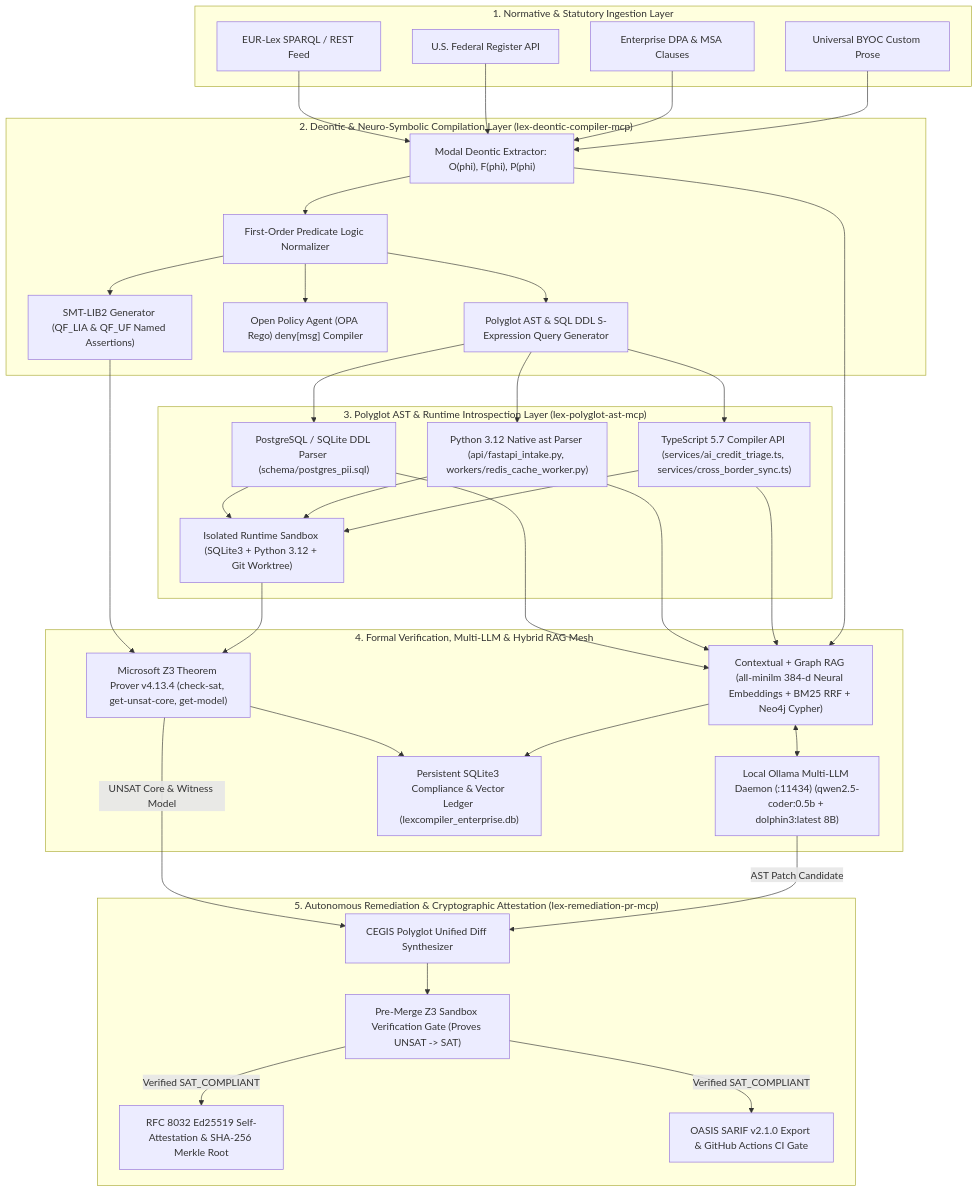
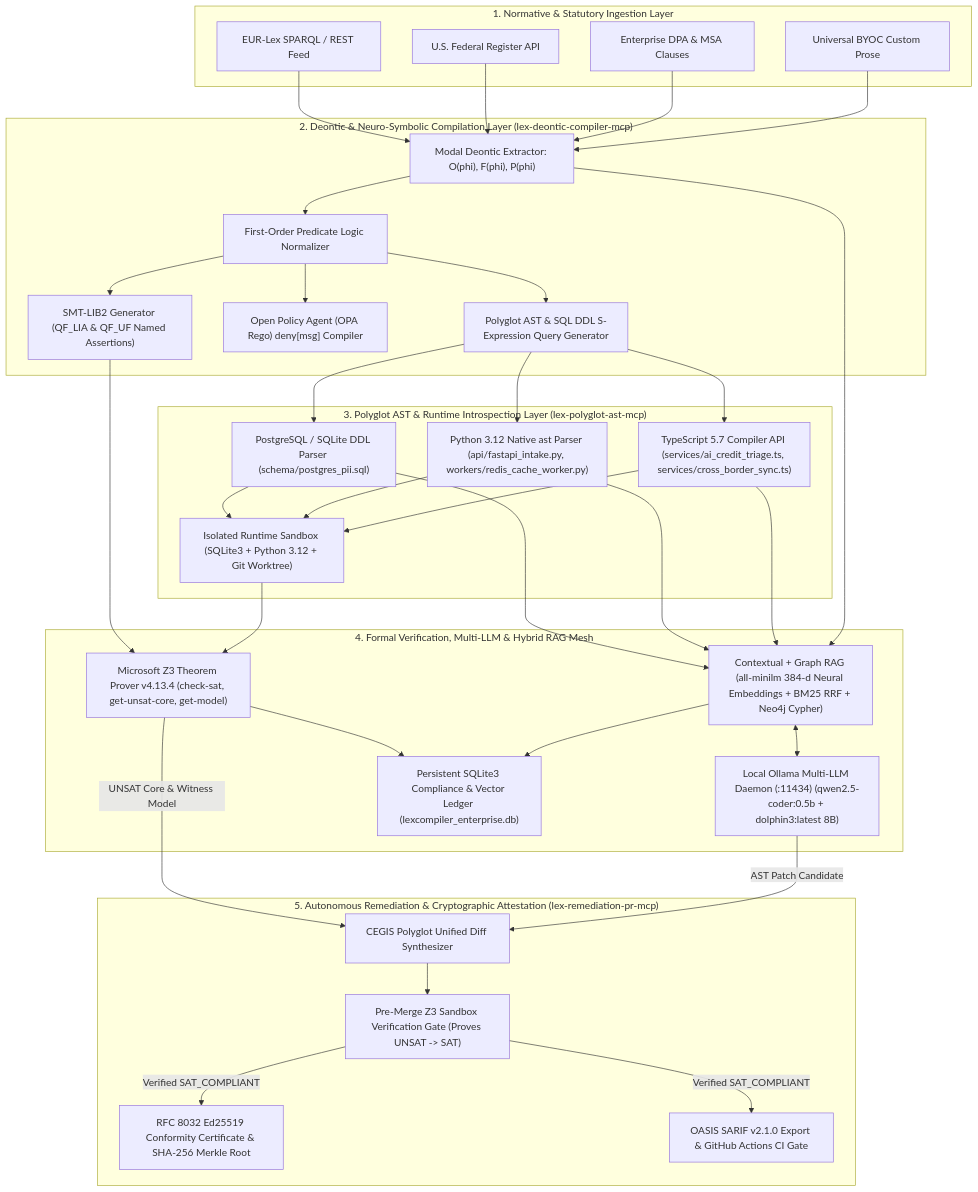
Before and after one commit to MRSHAKILS/LexCompiler: the diagram in README.md, drawn with Mermaid. The commit also changed other lines of this file and 59 other files, not shown here.

````diff
--- a/README.md
+++ b/README.md
@@ -24,55 +24,55 @@
 ```mermaid
 flowchart TB
     subgraph L1["1. Normative & Statutory Ingestion Layer"]
         EUR["EUR-Lex SPARQL / REST Feed"]
         FED["U.S. Federal Register API"]
         DPA["Enterprise DPA & MSA Clauses"]
         BYOC["Universal BYOC Custom Prose"]
     end
 
     subgraph L2["2. Deontic & Neuro-Symbolic Compilation Layer (lex-deontic-compiler-mcp)"]
         DEONTIC["Modal Deontic Extractor: O(phi), F(phi), P(phi)"]
         FOL["First-Order Predicate Logic Normalizer"]
         SMT["SMT-LIB2 Generator (QF_LIA & QF_UF Named Assertions)"]
         REGO["Open Policy Agent (OPA Rego) deny[msg] Compiler"]
         ASTQ["Polyglot AST & SQL DDL S-Expression Query Generator"]
     end
 
     subgraph L3["3. Polyglot AST & Runtime Introspection Layer (lex-polyglot-ast-mcp)"]
         SQL["PostgreSQL / SQLite DDL Parser (schema/postgres_pii.sql)"]
         PY["Python 3.12 Native ast Parser (api/fastapi_intake.py, workers/redis_cache_worker.py)"]
         TS["TypeScript 5.7 Compiler API (services/ai_credit_triage.ts, services/cross_border_sync.ts)"]
         SANDBOX["Isolated Runtime Sandbox (SQLite3 + Python 3.12 + Git Worktree)"]
     end
 
     subgraph L4["4. Formal Verification, Multi-LLM & Hybrid RAG Mesh"]
         Z3["Microsoft Z3 Theorem Prover v4.13.4 (check-sat, get-unsat-core, get-model)"]
         RAG["Contextual + Graph RAG (all-minilm 384-d Neural Embeddings + BM25 RRF + Neo4j Cypher)"]
         LLM["Local Ollama Multi-LLM Daemon (:11434) (qwen2.5-coder:0.5b + dolphin3:latest 8B)"]
         LEDGER["Persistent SQLite3 Compliance & Vector Ledger (lexcompiler_enterprise.db)"]
     end
 
     subgraph L5["5. Autonomous Remediation & Cryptographic Attestation (lex-remediation-pr-mcp)"]
         CEGIS["CEGIS Polyglot Unified Diff Synthesizer"]
         GATE["Pre-Merge Z3 Sandbox Verification Gate (Proves UNSAT -> SAT)"]
-        CERT["RFC 8032 Ed25519 Self-Attestation & SHA-256 Merkle Root"]
+        CERT["RFC 8032 Ed25519 Conformity Certificate & SHA-256 Merkle Root"]
         SARIF["OASIS SARIF v2.1.0 Export & GitHub Actions CI Gate"]
     end
 
     EUR & FED & DPA & BYOC --> DEONTIC
     DEONTIC --> FOL
     FOL --> SMT & REGO & ASTQ
     ASTQ --> SQL & PY & TS
     SQL & PY & TS --> SANDBOX
     SMT --> Z3
     SANDBOX --> Z3
     SQL & PY & TS --> RAG
     DEONTIC --> RAG
     RAG <--> LLM
     Z3 --> LEDGER
     RAG --> LEDGER
     Z3 -- "UNSAT Core & Witness Model" --> CEGIS
     LLM -- "AST Patch Candidate" --> CEGIS
     CEGIS --> GATE
     GATE -- "Verified SAT_COMPLIANT" --> CERT & SARIF
 ```
````
